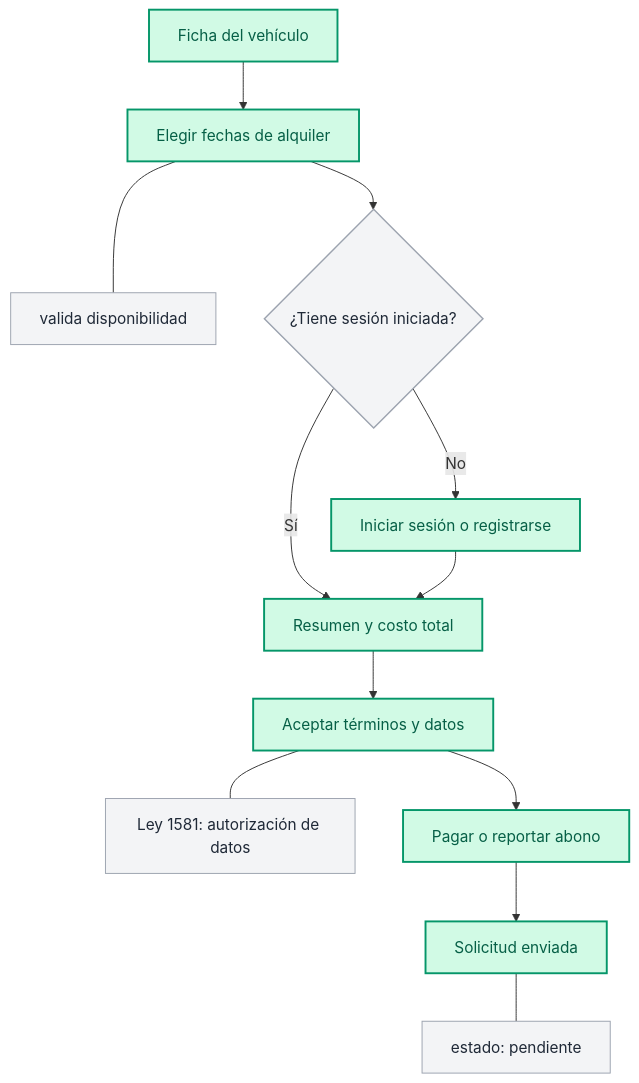
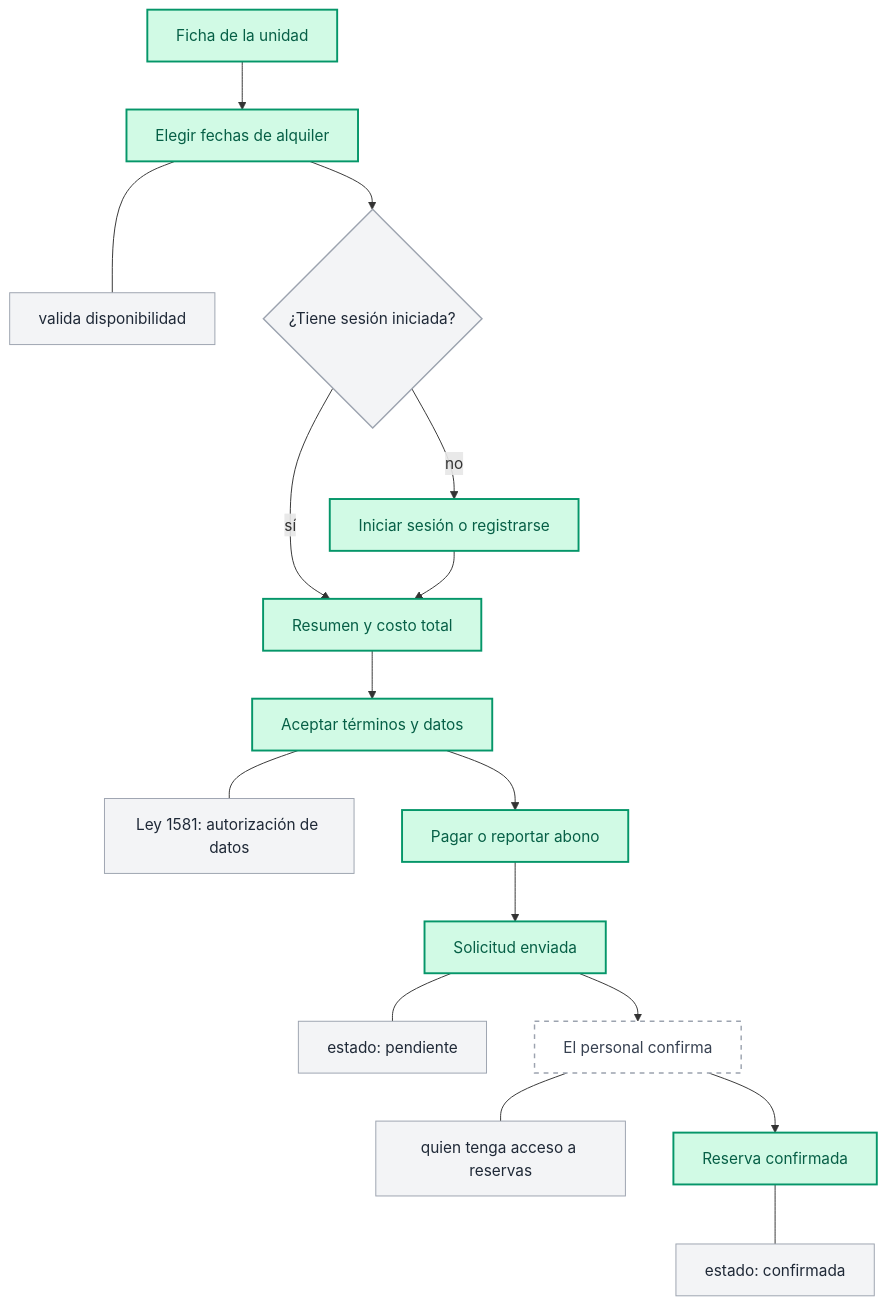
The eighth of 16 diagrams in docs/user-flows.md (SantiagoPrada2005/flotax), drawn with Mermaid before and after one commit. The commit also changed other lines of this file and 72 other files, not shown here.

````diff
--- a/docs/user-flows.md
+++ b/docs/user-flows.md
@@ -105,23 +320,30 @@
 ```mermaid
 flowchart TD
     classDef mainScreen fill:#d1fae5,stroke:#059669,stroke-width:2px,color:#065f46;
     classDef subScreen fill:#f3f4f6,stroke:#9ca3af,stroke-width:1px,color:#1f2937;
     classDef decision fill:#f3f4f6,stroke:#9ca3af,stroke-width:1.5px,color:#1f2937;
+    classDef dashedFlow fill:#ffffff,stroke:#9ca3af,stroke-width:1.5px,stroke-dasharray: 5 5,color:#374151;
 
-    n_ficha["Ficha del vehículo"]:::mainScreen --> n_fechas["Elegir fechas de alquiler"]:::mainScreen
-    n_fechas --- n_disp["valida disponibilidad"]:::subScreen
+    ficha["Ficha de la unidad"]:::mainScreen --> fechas["Elegir fechas de alquiler"]:::mainScreen
+    fechas --- val_disp["valida disponibilidad"]:::subScreen
 
-    n_fechas --> n_check_auth{"¿Tiene sesión iniciada?"}:::decision
+    fechas --> chk_auth{"¿Tiene sesión iniciada?"}:::decision
 
-    n_check_auth -- No --> n_auth["Iniciar sesión o registrarse"]:::mainScreen
-    n_check_auth -- Sí --> n_resumen["Resumen y costo total"]:::mainScreen
-    n_auth --> n_resumen
+    chk_auth -- no --> auth_gate["Iniciar sesión o registrarse"]:::mainScreen
+    chk_auth -- sí --> resumen["Resumen y costo total"]:::mainScreen
+    auth_gate --> resumen
 
-    n_resumen --> n_terminos["Aceptar términos y datos"]:::mainScreen
-    n_terminos --- n_ley["Ley 1581: autorización de datos"]:::subScreen
+    resumen --> terminos["Aceptar términos y datos"]:::mainScreen
+    terminos --- ley_1581["Ley 1581: autorización de datos"]:::subScreen
 
-    n_terminos --> n_pago["Pagar o reportar abono"]:::mainScreen
+    terminos --> pago["Pagar o reportar abono"]:::mainScreen
 
-    n_pago --> n_enviada["Solicitud enviada"]:::mainScreen
-    n_enviada --- n_estado_pend["estado: pendiente"]:::subScreen
+    pago --> enviada["Solicitud enviada"]:::mainScreen
+    enviada --- est_pend["estado: pendiente"]:::subScreen
+
+    enviada --> conf_personal["El personal confirma"]:::dashedFlow
+    conf_personal --- acc_res["quien tenga acceso a reservas"]:::subScreen
+
+    conf_personal --> confirmada["Reserva confirmada"]:::mainScreen
+    confirmada --- est_conf["estado: confirmada"]:::subScreen
 ```
````
